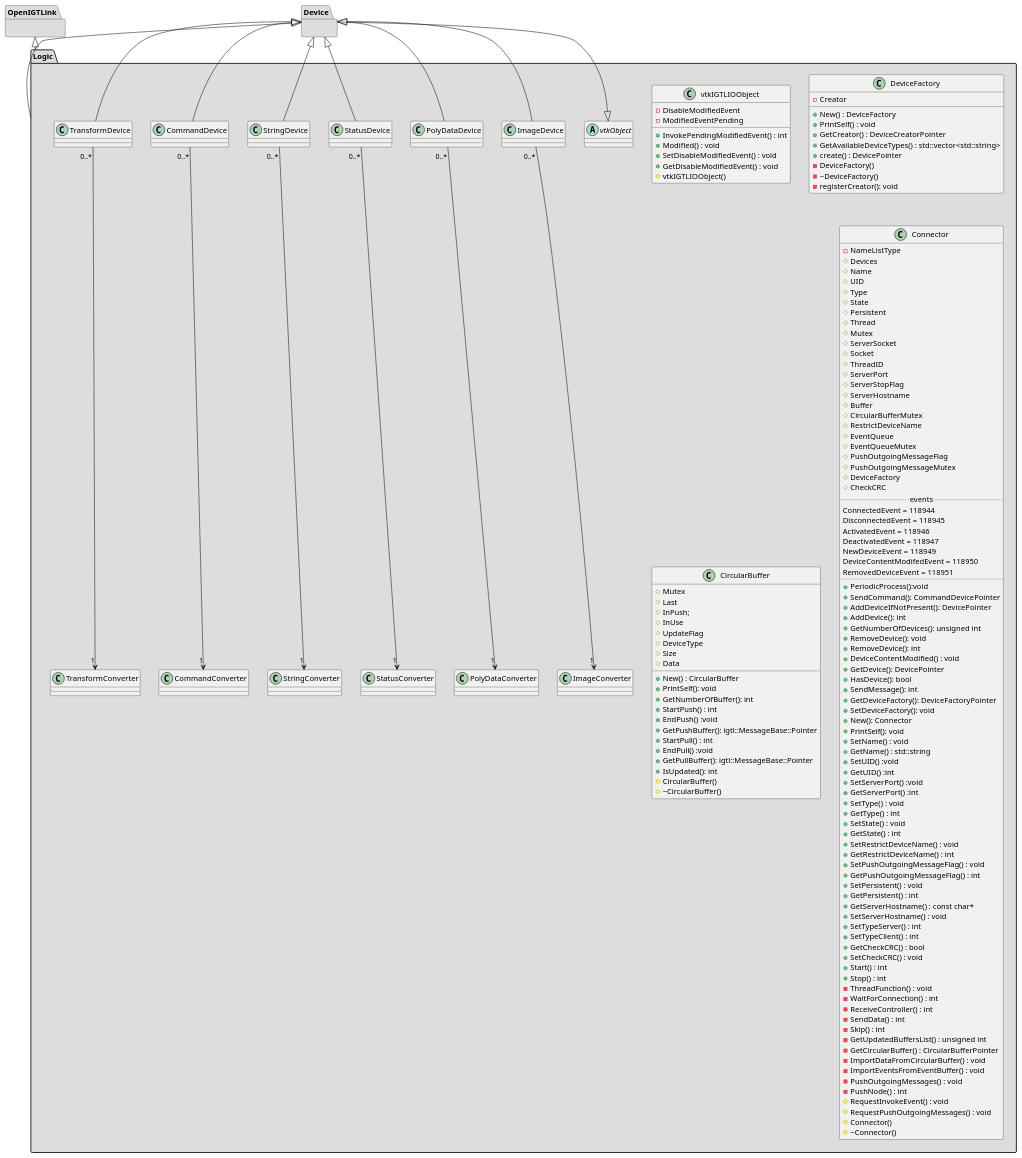
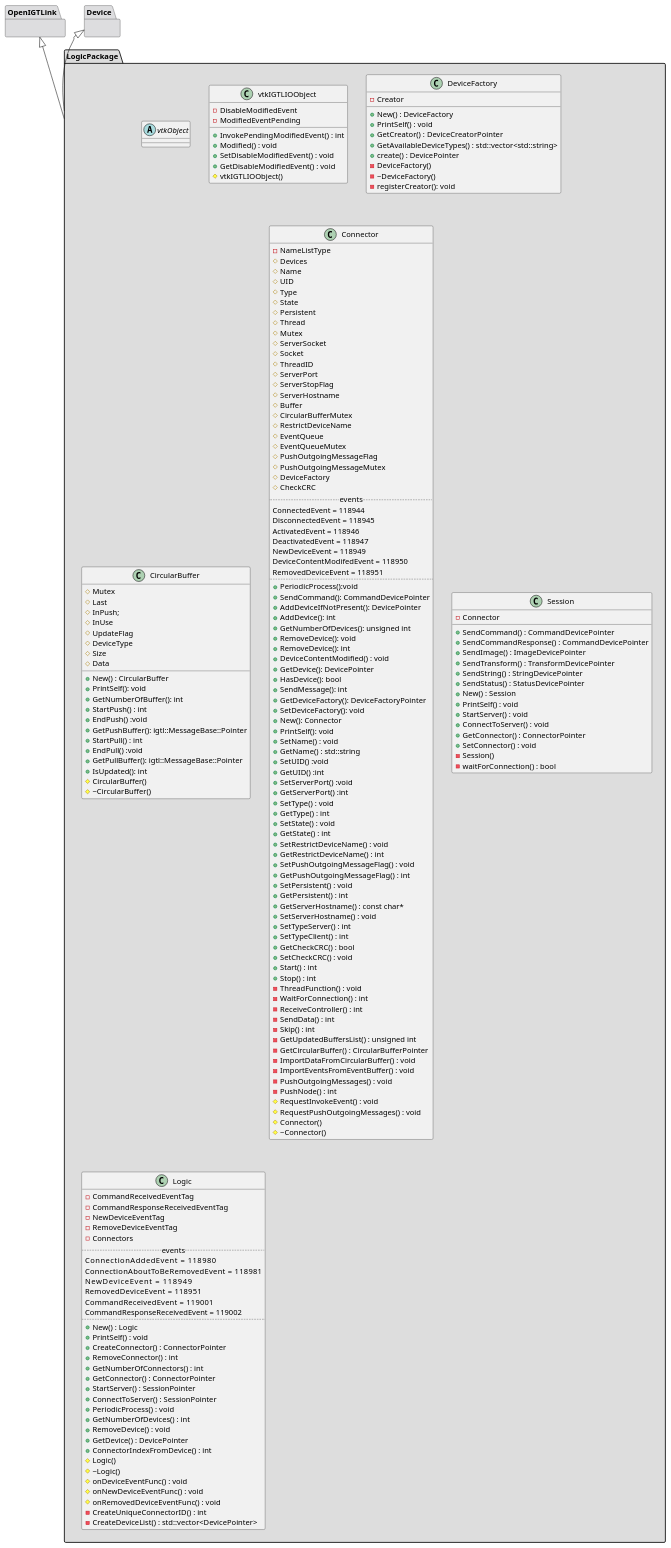
Before and after one commit to leochan2009/OpenIGTLinkIO: the diagram in PlantUML/logic.puml, drawn with PlantUML. The commit also changed 8 other files, not shown here.

Commit message:
EHN: PlantUML in progress, 2. Command events are moved to command device. 3. Logic observer modified

```diff
--- a/PlantUML/logic.puml
+++ b/PlantUML/logic.puml
@@ -1,160 +1,198 @@
 @startuml
 package "OpenIGTLink"  #DDDDDF {
 }
 package "Device"  #DDDDDF {
 }
-package "Logic" #DDDDDD {
+package "LogicPackage" #DDDDDD {
   abstract class vtkObject {
 	}
   
   class vtkIGTLIOObject {
     +InvokePendingModifiedEvent() : int
     +Modified() : void
     +SetDisableModifiedEvent() : void
     +GetDisableModifiedEvent() : void
     #vtkIGTLIOObject()
     -DisableModifiedEvent
     -ModifiedEventPending
   }
   class DeviceFactory {
     +New() : DeviceFactory
     +PrintSelf() : void
     +GetCreator() : DeviceCreatorPointer
     +GetAvailableDeviceTypes() : std::vector<std::string>
     +create() : DevicePointer
     -DeviceFactory()
     -~DeviceFactory()
     -registerCreator(): void
     -Creator 
   }
   class CircularBuffer{
     +New() : CircularBuffer
     +PrintSelf(): void
     +GetNumberOfBuffer(): int
     +StartPush() : int
     +EndPush() :void
     +GetPushBuffer(): igtl::MessageBase::Pointer
     +StartPull() : int
     +EndPull() :void
     +GetPullBuffer(): igtl::MessageBase::Pointer
     +IsUpdated(): int
     #CircularBuffer()
     #~CircularBuffer()
     #Mutex
     #Last   
     #InPush;  
     #InUse    
     #UpdateFlag
     #DeviceType
     #Size
     #Data
   }
   class Connector{
    -NameListType 
    #Devices
    #Name
    #UID
    #Type
    #State
    #Persistent
    #Thread
    #Mutex
    #ServerSocket
    #Socket
    #ThreadID
    #ServerPort
    #ServerStopFlag
    #ServerHostname
    #Buffer
    #CircularBufferMutex
    #RestrictDeviceName
    #EventQueue
    #EventQueueMutex
    #PushOutgoingMessageFlag
    #PushOutgoingMessageMutex
    #DeviceFactory
    #CheckCRC
    ..events..
     ConnectedEvent = 118944
     DisconnectedEvent = 118945
     ActivatedEvent = 118946
     DeactivatedEvent = 118947
     NewDeviceEvent = 118949    
     DeviceContentModifedEvent = 118950
     RemovedDeviceEvent = 118951
    ..
    +PeriodicProcess():void
    +SendCommand(): CommandDevicePointer
    +AddDeviceIfNotPresent(): DevicePointer
    +AddDevice(): int
    +GetNumberOfDevices(): unsigned int
    +RemoveDevice(): void
    +RemoveDevice(): int
    +DeviceContentModified() : void
    +GetDevice(): DevicePointer
    +HasDevice(): bool
    +SendMessage(): int
    +GetDeviceFactory(): DeviceFactoryPointer
    +SetDeviceFactory(): void
    +New(): Connector
    +PrintSelf(): void
    +SetName() : void
    +GetName() : std::string
    +SetUID() :void
    +GetUID() :int
    +SetServerPort() :void
    +GetServerPort() :int
    +SetType() : void
    +GetType() : int
    +SetState() : void
    +GetState() : int
    +SetRestrictDeviceName() : void
    +GetRestrictDeviceName() : int
    +SetPushOutgoingMessageFlag() : void
    +GetPushOutgoingMessageFlag() : int
    +SetPersistent() : void
    +GetPersistent() : int
    +GetServerHostname() : const char* 
    +SetServerHostname() : void
    +SetTypeServer() : int
    +SetTypeClient() : int
    +GetCheckCRC() : bool
    +SetCheckCRC() : void
    +Start() : int
    +Stop() : int
    -ThreadFunction() : void
    -WaitForConnection() : int
    -ReceiveController() : int
    -SendData() : int
    -Skip() : int
    -GetUpdatedBuffersList() : unsigned int
    -GetCircularBuffer() : CircularBufferPointer
    -ImportDataFromCircularBuffer() : void
    -ImportEventsFromEventBuffer() : void
    -PushOutgoingMessages() : void
    -PushNode() : int
    #RequestInvokeEvent() : void
    #RequestPushOutgoingMessages() : void
    #Connector()
    #~Connector()
   }
-
-  vtkObject <|-- Device
-  Device <|-- ImageDevice
-  Device <|-- PolyDataDevice
-  Device <|-- StatusDevice
-  Device <|-- StringDevice
-  Device <|-- CommandDevice
-  Device <|-- TransformDevice
-  
-  top to bottom direction
-  ImageDevice "0..*"-->"1"ImageConverter
-  PolyDataDevice "0..*"-->"1"PolyDataConverter
-  StatusDevice "0..*"-->"1"StatusConverter
-  StringDevice "0..*"-->"1"StringConverter
-  TransformDevice "0..*"-->"1"TransformConverter
-  CommandDevice "0..*"-->"1"CommandConverter
+	
+	class Session{
+		+SendCommand() : CommandDevicePointer
+		+SendCommandResponse() : CommandDevicePointer
+		+SendImage() : ImageDevicePointer
+		+SendTransform() : TransformDevicePointer
+		+SendString() : StringDevicePointer
+		+SendStatus() : StatusDevicePointer
+		+New() : Session
+		+PrintSelf() : void
+		+StartServer() : void
+		+ConnectToServer() : void
+		+GetConnector() : ConnectorPointer
+		+SetConnector() : void
+		-Session()
+		-Connector
+		-waitForConnection() : bool
+	}
+	
+	class Logic {
+		-CommandReceivedEventTag
+		-CommandResponseReceivedEventTag
+		-NewDeviceEventTag
+		-RemoveDeviceEventTag
+		-Connectors
+		..events..
+		ConnectionAddedEvent        = 118980 
+		ConnectionAboutToBeRemovedEvent      = 118981
+		NewDeviceEvent        = 118949
+		RemovedDeviceEvent    = 118951
+		CommandReceivedEvent    = 119001
+		CommandResponseReceivedEvent = 119002
+		..
+		+New() : Logic
+		+PrintSelf() : void
+		+CreateConnector() : ConnectorPointer
+		+RemoveConnector() : int
+		+GetNumberOfConnectors() : int
+		+GetConnector() : ConnectorPointer
+		+StartServer() : SessionPointer
+		+ConnectToServer() : SessionPointer
+		+PeriodicProcess() : void
+		+GetNumberOfDevices() : int
+		+RemoveDevice() : void
+		+GetDevice() : DevicePointer
+		+ConnectorIndexFromDevice() : int
+		#Logic()
+		#~Logic()
+		#onDeviceEventFunc() : void
+		#onNewDeviceEventFunc() : void
+		#onRemovedDeviceEventFunc() : void
+		-CreateUniqueConnectorID() : int
+		-CreateDeviceList() : std::vector<DevicePointer>
+	}
 }
-"OpenIGTLink" <|-- "Logic"
-"Device" <|-- "Logic"
+"OpenIGTLink" <|-- "LogicPackage"
+"Device" <|-- "LogicPackage"
 @enduml
```
